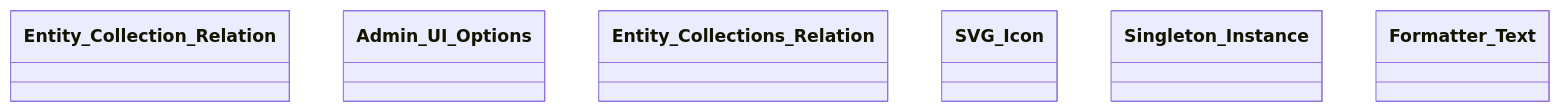
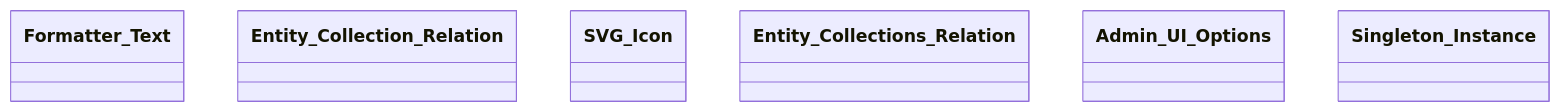
One commit to tainacan/tainacan changed the diagram in docs/diagrams/tainacan-namespace-Tainacan-Traits.mmd. Above: the diagram before and after it, drawn with Mermaid. The commit also changed other lines of this file and 96 other files, not shown here.

```diff
--- a/docs/diagrams/tainacan-namespace-Tainacan-Traits.mmd
+++ b/docs/diagrams/tainacan-namespace-Tainacan-Traits.mmd
@@ -1,8 +1,8 @@
 classDiagram
     direction TB
+    class Formatter_Text { }
     class Entity_Collection_Relation { }
+    class SVG_Icon { }
+    class Entity_Collections_Relation { }
     class Admin_UI_Options { }
-    class Entity_Collections_Relation { }
-    class SVG_Icon { }
     class Singleton_Instance { }
-    class Formatter_Text { }
```
